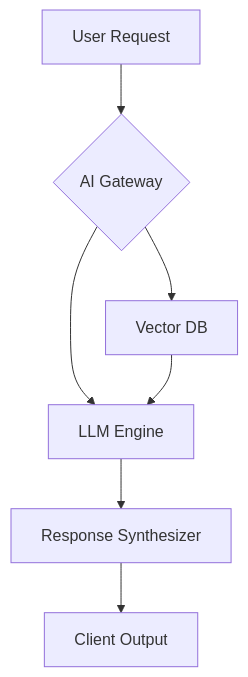
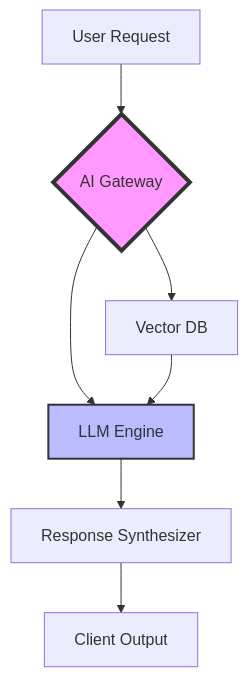
The diagram in content/posts/hello-ai-world.md (ba-am/tobeupdated), drawn with Mermaid before and after one commit. The commit also changed other lines of this file and 5 other files, not shown here.

```diff
--- a/content/posts/hello-ai-world.md
+++ b/content/posts/hello-ai-world.md
@@ -17,9 +17,11 @@
 {{< mermaid >}}
 graph TD
     A[User Request] --> B{AI Gateway}
     B --> C[Vector DB]
     B --> D[LLM Engine]
     C --> D
     D --> E[Response Synthesizer]
     E --> F[Client Output]
+    style B fill:#f9f,stroke:#333,stroke-width:4px
+    style D fill:#bbf,stroke:#333,stroke-width:2px
 {{< /mermaid >}}
```
